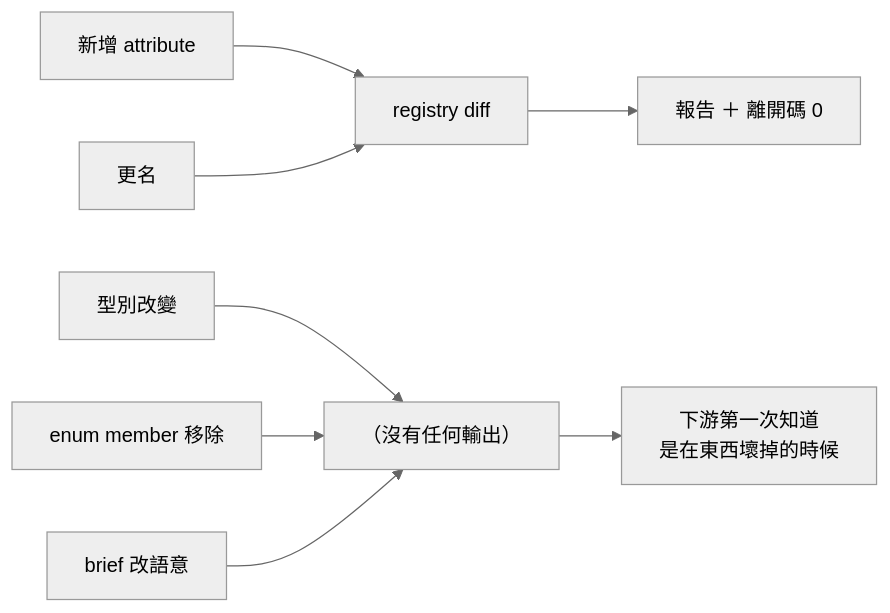
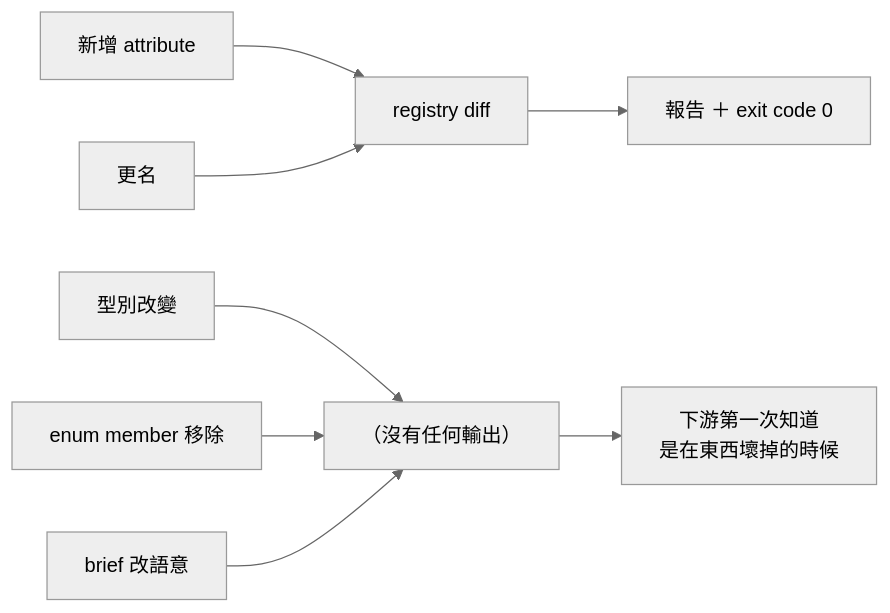
Before and after one commit to tedmax100/o11y-bench: the first of 3 diagrams in weaver-demo/ironman-2026/day09.md, drawn with Mermaid (neutral theme). The commit also changed other lines of this file and 6 other files, not shown here.

````diff
--- a/weaver-demo/ironman-2026/day09.md
+++ b/weaver-demo/ironman-2026/day09.md
@@ -120,10 +126,10 @@
 ```mermaid
 flowchart LR
     C1["新增 attribute"] --> D["registry diff"]
     C2["更名"] --> D
     C3["型別改變"] --> X["（沒有任何輸出）"]
     C4["enum member 移除"] --> X
     C5["brief 改語意"] --> X
-    D --> R["報告 ＋ 離開碼 0"]
+    D --> R["報告 ＋ exit code 0"]
     X --> N["下游第一次知道<br/>是在東西壞掉的時候"]
 ```
````
